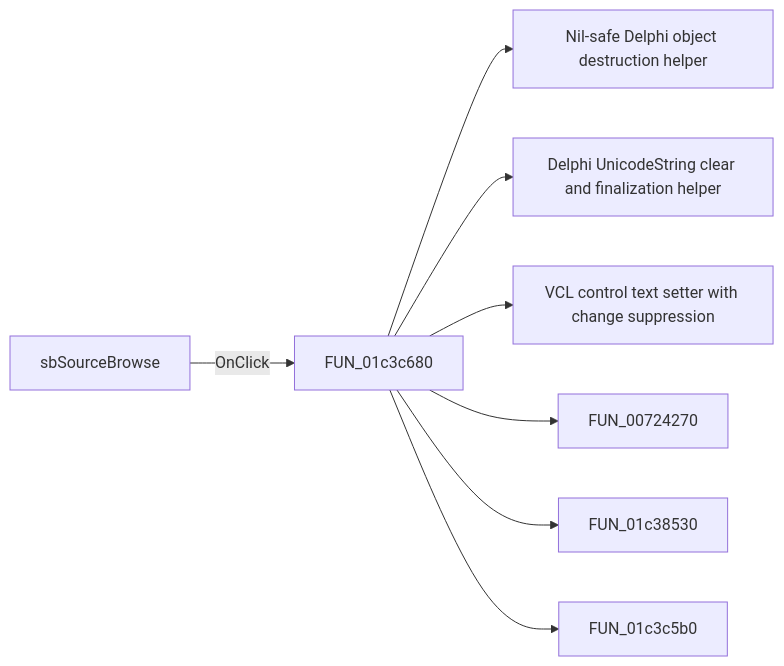
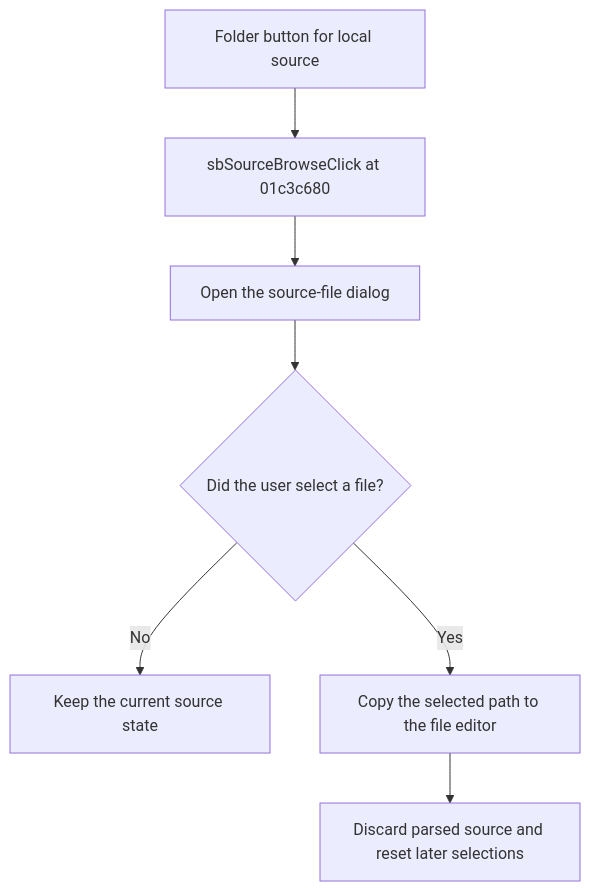
One commit to MovGP0/TIARA changed the diagram in docs/ui-controls/fmacrowiz/sbsourcebrowse-ff6b211a58.md. Above: the diagram before and after it, drawn with Mermaid. The commit also changed other lines of this file and 387 other files, not shown here.

````diff
--- a/docs/ui-controls/fmacrowiz/sbsourcebrowse-ff6b211a58.md
+++ b/docs/ui-controls/fmacrowiz/sbsourcebrowse-ff6b211a58.md
@@ -27,10 +20,9 @@
 ```mermaid
-flowchart LR
-    control["sbSourceBrowse"] -->|OnClick| handler["FUN_01c3c680"]
-    handler --> call1["Nil-safe Delphi object destruction helper"]
-    handler --> call2["Delphi UnicodeString clear and finalization helper"]
-    handler --> call3["VCL control text setter with change suppression"]
-    handler --> call4["FUN_00724270"]
-    handler --> call5["FUN_01c38530"]
-    handler --> call6["FUN_01c3c5b0"]
+flowchart TD
+    control["Folder button for local source"] --> handler["sbSourceBrowseClick at 01c3c680"]
+    handler --> dialog["Open the source-file dialog"]
+    dialog --> accepted{"Did the user select a file?"}
+    accepted -->|No| noop["Keep the current source state"]
+    accepted -->|Yes| path["Copy the selected path to the file editor"]
+    path --> reset["Discard parsed source and reset later selections"]
 ```
````
